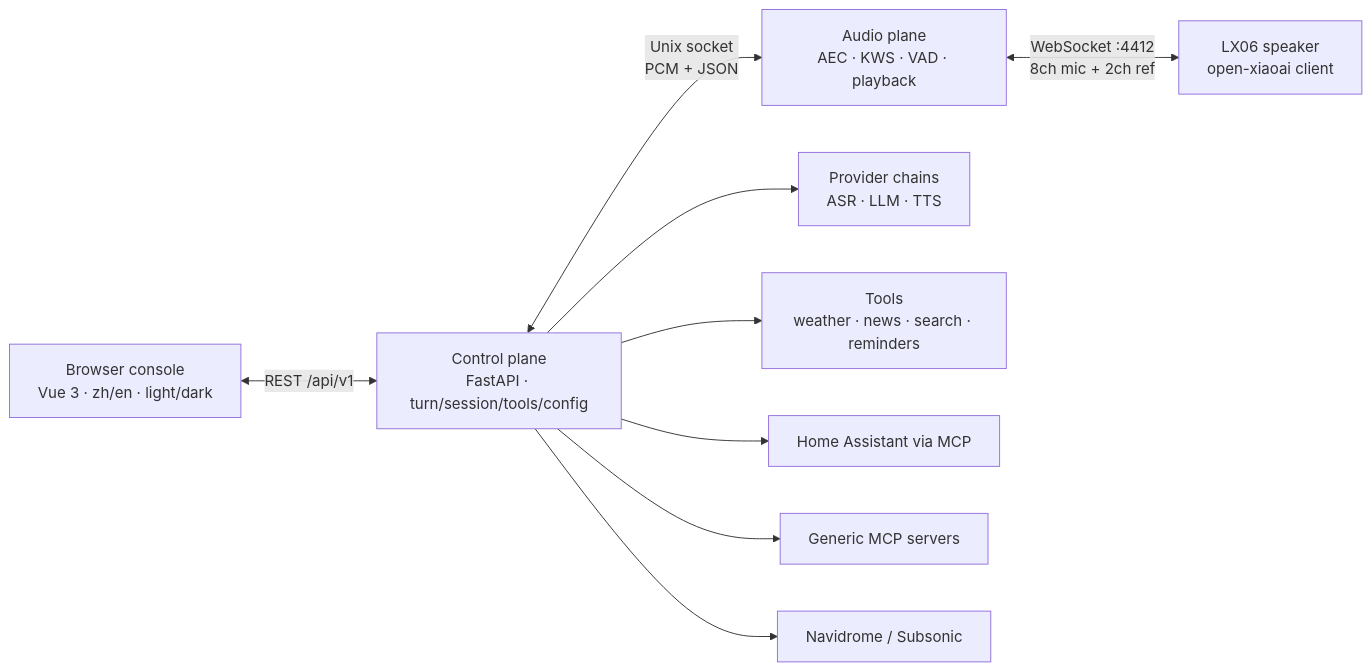
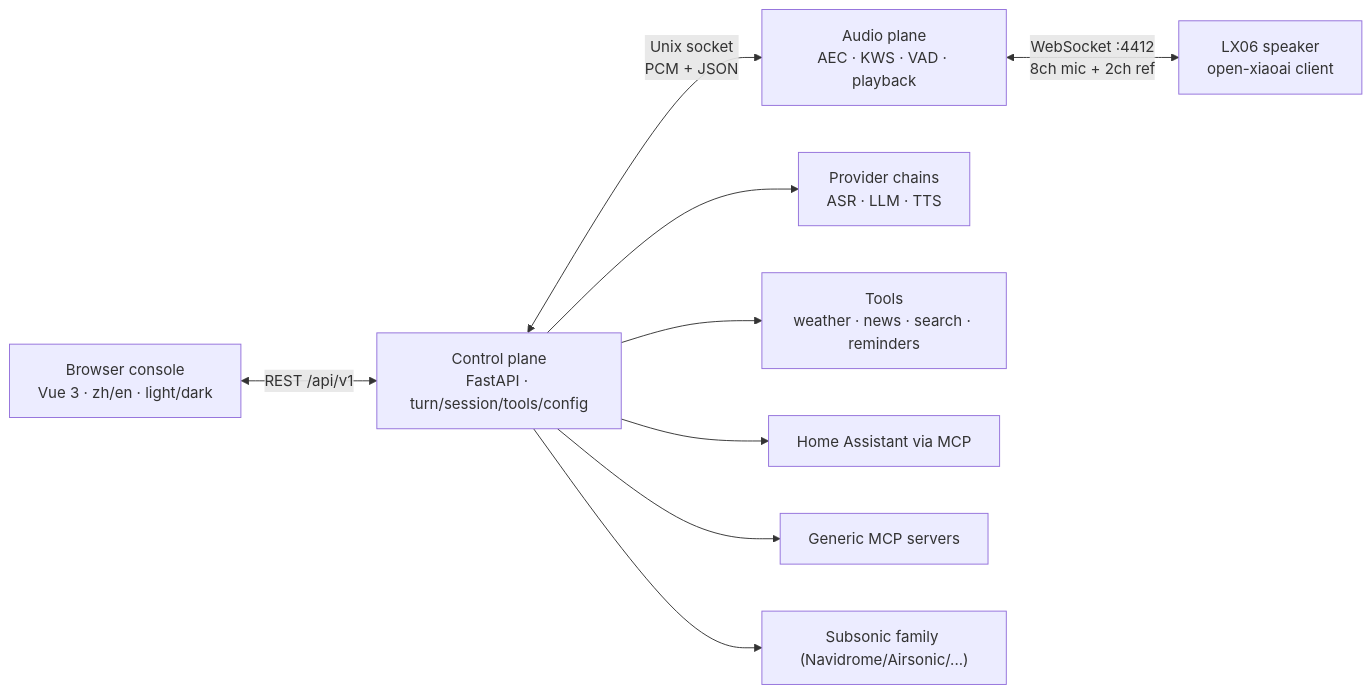
The second of 2 diagrams in README.md (yes999zc/rui), drawn with Mermaid before and after one commit. The commit also changed other lines of this file and 19 other files, not shown here.

Commit message:
feat(music): generic Subsonic-family sources with presets, write-only credentials, test endpoint and migration (Phase 3)

````diff
--- a/README.md
+++ b/README.md
@@ -588,11 +588,11 @@
 ```mermaid
 flowchart LR
   browser["Browser console<br/>Vue 3 · zh/en · light/dark"] <-->|REST /api/v1| ctl["Control plane<br/>FastAPI · turn/session/tools/config"]
   ctl <-->|Unix socket<br/>PCM + JSON| plane["Audio plane<br/>AEC · KWS · VAD · playback"]
   plane <-->|WebSocket :4412<br/>8ch mic + 2ch ref| speaker["LX06 speaker<br/>open-xiaoai client"]
   ctl --> providers["Provider chains<br/>ASR · LLM · TTS"]
   ctl --> tools["Tools<br/>weather · news · search · reminders"]
   ctl --> ha["Home Assistant via MCP"]
   ctl --> mcp["Generic MCP servers"]
-  ctl --> music["Navidrome / Subsonic"]
+  ctl --> music["Subsonic family (Navidrome/Airsonic/...)"]
 ```
````
